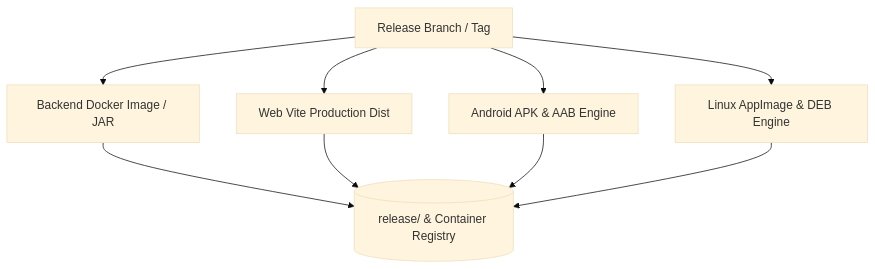
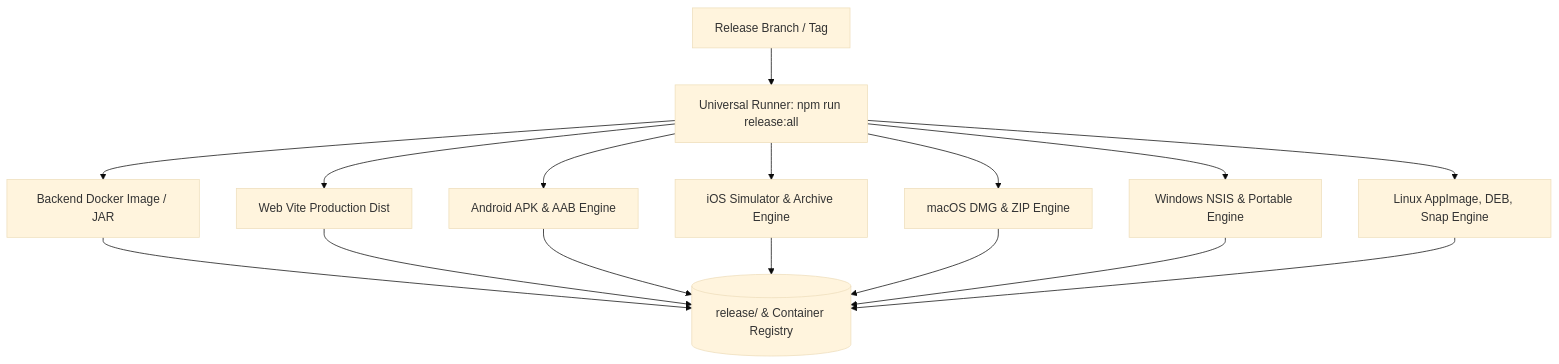
Before and after one commit to adityakalambe01/IndiChat: the first of 3 diagrams in docs/development/09_RELEASE_AND_DEPLOYMENT.md, drawn with Mermaid (base theme). The commit also changed other lines of this file and 8 other files, not shown here.

````diff
--- a/docs/development/09_RELEASE_AND_DEPLOYMENT.md
+++ b/docs/development/09_RELEASE_AND_DEPLOYMENT.md
@@ -12,12 +12,19 @@
 ```mermaid
 flowchart TD
-    ReleaseSource[Release Branch / Tag] --> BuildBE[Backend Docker Image / JAR]
-    ReleaseSource --> BuildWeb[Web Vite Production Dist]
-    ReleaseSource --> BuildAndroid[Android APK & AAB Engine]
-    ReleaseSource --> BuildLinux[Linux AppImage & DEB Engine]
+    ReleaseSource[Release Branch / Tag] --> UniversalRunner[Universal Runner: npm run release:all]
+    UniversalRunner --> BuildBE[Backend Docker Image / JAR]
+    UniversalRunner --> BuildWeb[Web Vite Production Dist]
+    UniversalRunner --> BuildAndroid[Android APK & AAB Engine]
+    UniversalRunner --> BuildIOS[iOS Simulator & Archive Engine]
+    UniversalRunner --> BuildMac[macOS DMG & ZIP Engine]
+    UniversalRunner --> BuildWin[Windows NSIS & Portable Engine]
+    UniversalRunner --> BuildLinux[Linux AppImage, DEB, Snap Engine]
     
     BuildBE --> Artifacts[(release/ & Container Registry)]
     BuildWeb --> Artifacts
     BuildAndroid --> Artifacts
+    BuildIOS --> Artifacts
+    BuildMac --> Artifacts
+    BuildWin --> Artifacts
     BuildLinux --> Artifacts
 ```
````
